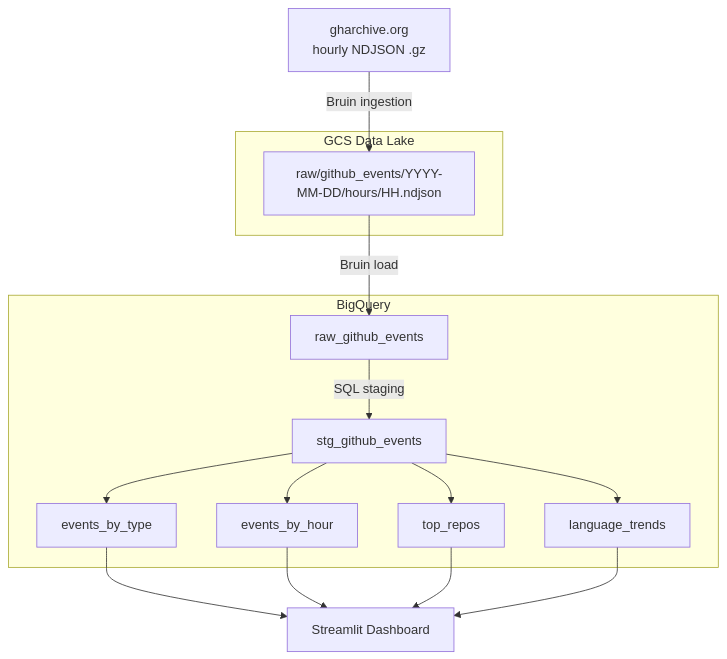
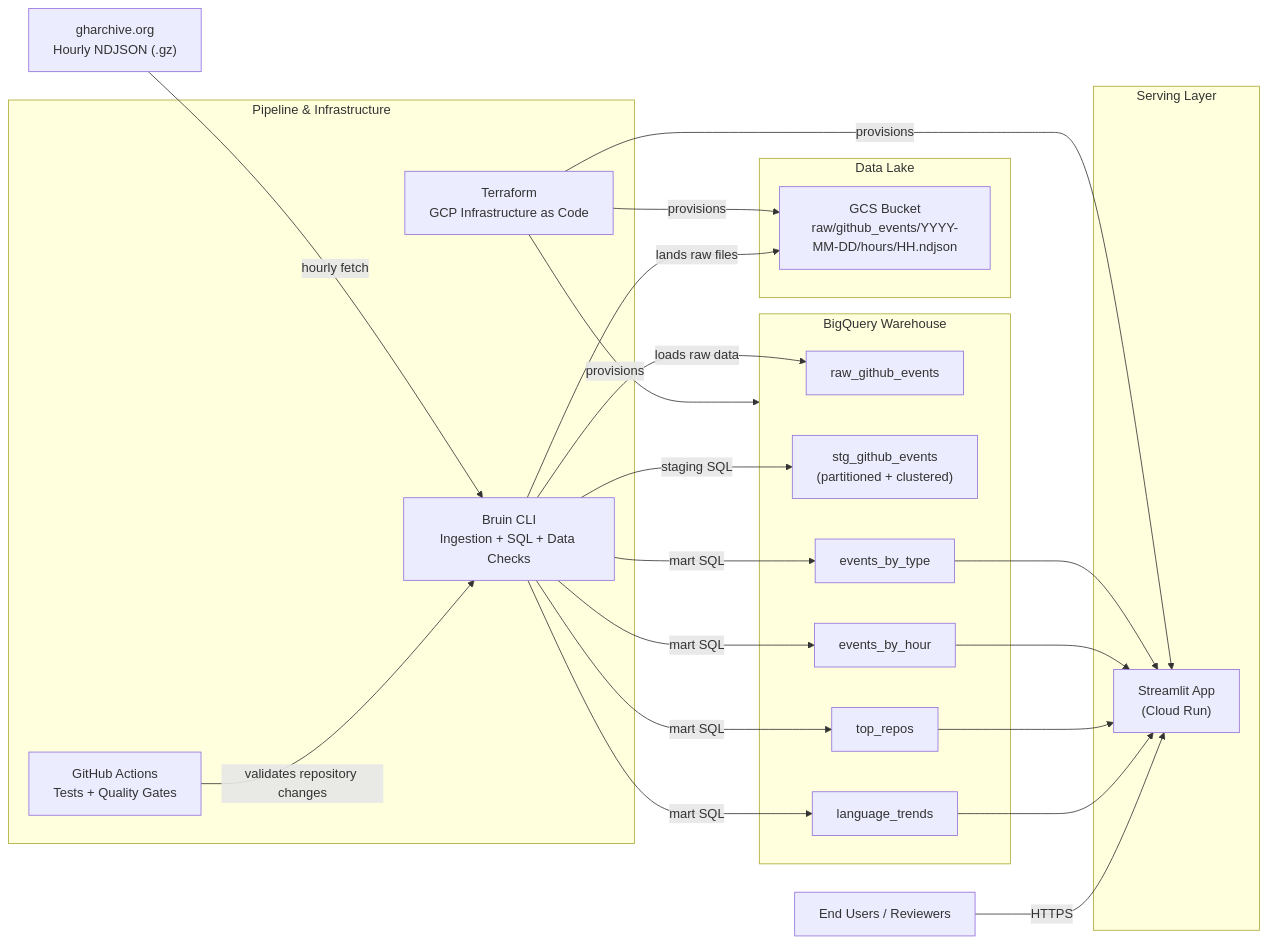
One commit to RuiFSP/dezoomcamp-2026-final-project changed the diagram in README.md. Above: the diagram before and after it, drawn with Mermaid.

Commit message:
docs: upgrade architecture diagram with full end-to-end platform view

````diff
--- a/README.md
+++ b/README.md
@@ -47,28 +47,50 @@
 ```mermaid
-flowchart TD
-    GHA["gharchive.org\nhourly NDJSON .gz"]
+flowchart LR
+    SRC["gharchive.org\nHourly NDJSON (.gz)"]
 
-    subgraph GCS["GCS Data Lake"]
-        RAW_GCS["raw/github_events/YYYY-MM-DD/hours/HH.ndjson"]
+    subgraph ORCH["Pipeline & Infrastructure"]
+        BRUIN["Bruin CLI\nIngestion + SQL + Data Checks"]
+        TF["Terraform\nGCP Infrastructure as Code"]
+        CI["GitHub Actions\nTests + Quality Gates"]
     end
 
-    subgraph BQ["BigQuery"]
+    subgraph LAKE["Data Lake"]
+        GCS["GCS Bucket\nraw/github_events/YYYY-MM-DD/hours/HH.ndjson"]
+    end
+
+    subgraph WH["BigQuery Warehouse"]
         RAW["raw_github_events"]
-        STG["stg_github_events"]
+        STG["stg_github_events\n(partitioned + clustered)"]
         M1["events_by_type"]
         M2["events_by_hour"]
         M3["top_repos"]
         M4["language_trends"]
     end
 
-    APP["Streamlit Dashboard"]
+    subgraph SERVE["Serving Layer"]
+        APP["Streamlit App\n(Cloud Run)"]
+    end
 
-    GHA -->|Bruin ingestion| RAW_GCS
-    RAW_GCS -->|Bruin load| RAW
-    RAW -->|SQL staging| STG
-    STG --> M1
-    STG --> M2
-    STG --> M3
-    STG --> M4
-    M1 & M2 & M3 & M4 --> APP
+    USER["End Users / Reviewers"]
+
+    TF -->|provisions| GCS
+    TF -->|provisions| WH
+    TF -->|provisions| APP
+
+    SRC -->|hourly fetch| BRUIN
+    BRUIN -->|lands raw files| GCS
+    BRUIN -->|loads raw data| RAW
+    BRUIN -->|staging SQL| STG
+    BRUIN -->|mart SQL| M1
+    BRUIN -->|mart SQL| M2
+    BRUIN -->|mart SQL| M3
+    BRUIN -->|mart SQL| M4
+
+    M1 --> APP
+    M2 --> APP
+    M3 --> APP
+    M4 --> APP
+
+    USER -->|HTTPS| APP
+    CI -->|validates repository changes| BRUIN
 ```
````
